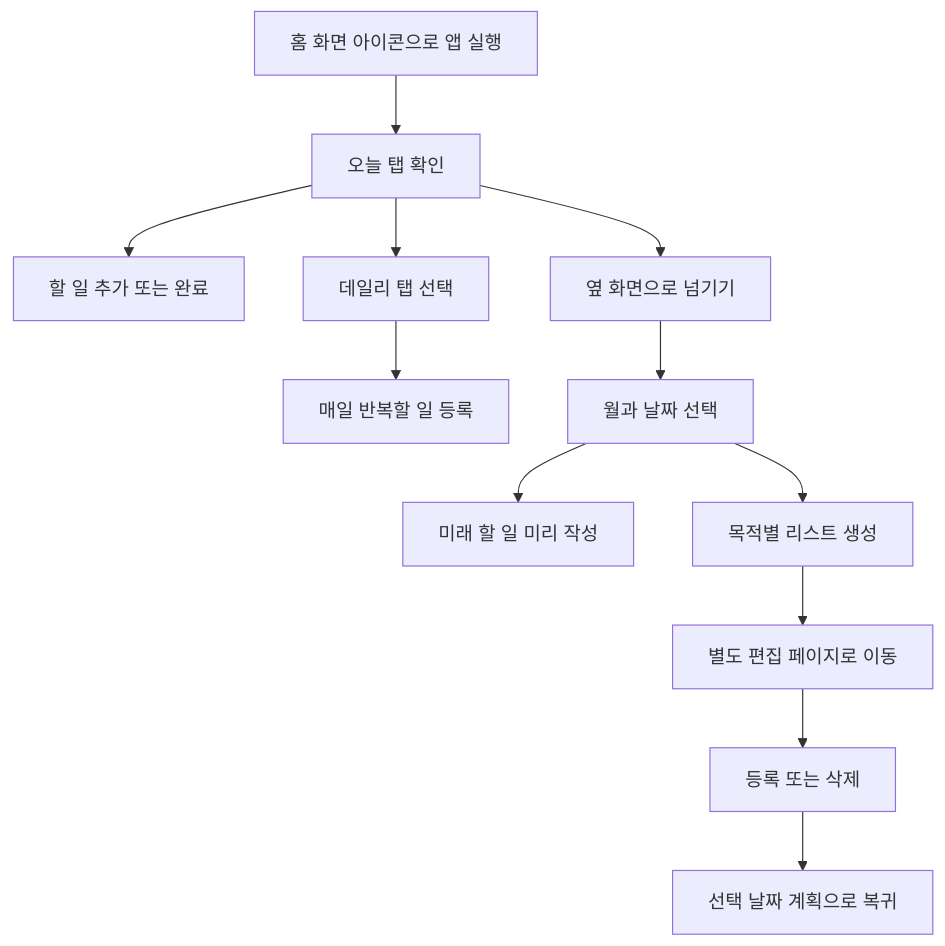
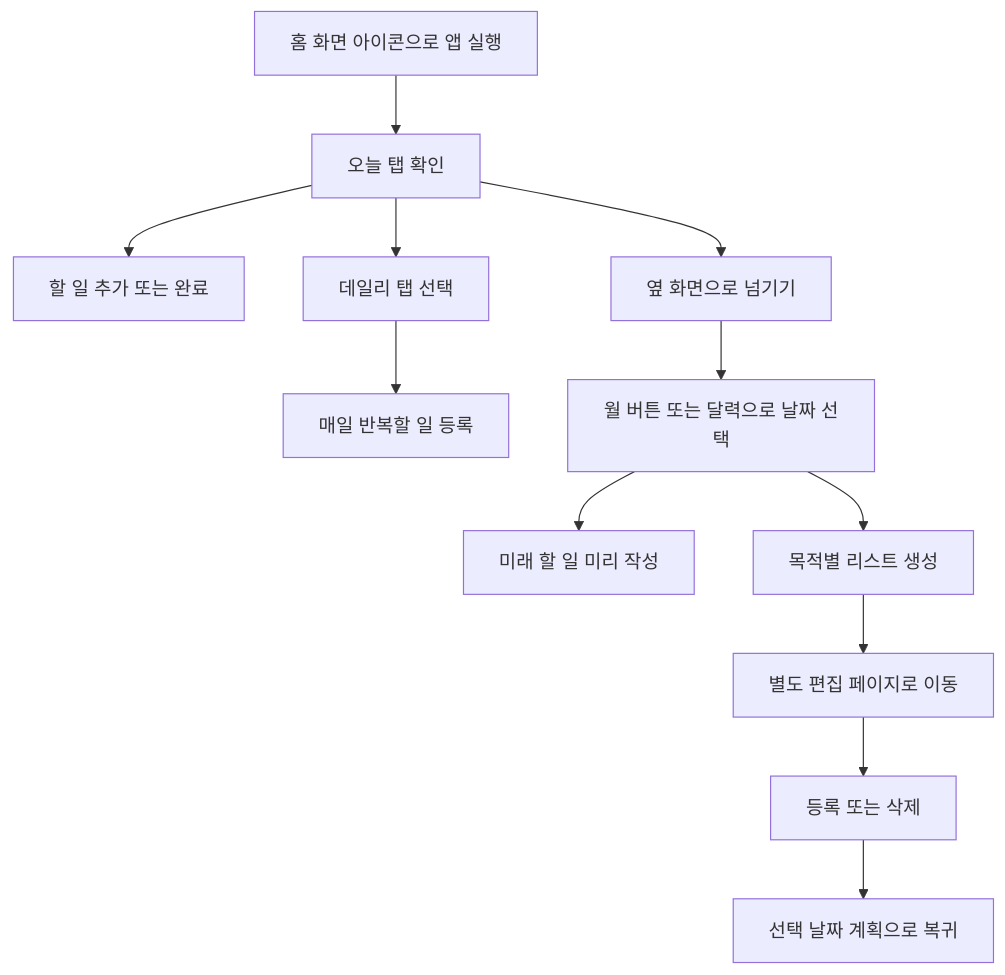
Before and after one commit to jiyeongoing/to-do-list-application: the first of 2 diagrams in docs/USER_FLOW.md, drawn with Mermaid. The commit also changed other lines of this file and 8 other files, not shown here.

````diff
--- a/docs/USER_FLOW.md
+++ b/docs/USER_FLOW.md
@@ -5,14 +5,14 @@
 ```mermaid
 flowchart TD
     A["홈 화면 아이콘으로 앱 실행"] --> B["오늘 탭 확인"]
     B --> C["할 일 추가 또는 완료"]
     B --> D["데일리 탭 선택"]
     D --> E["매일 반복할 일 등록"]
     B --> F["옆 화면으로 넘기기"]
-    F --> G["월과 날짜 선택"]
+    F --> G["월 버튼 또는 달력으로 날짜 선택"]
     G --> H["미래 할 일 미리 작성"]
     G --> I["목적별 리스트 생성"]
     I --> J["별도 편집 페이지로 이동"]
     J --> K["등록 또는 삭제"]
     K --> L["선택 날짜 계획으로 복귀"]
 ```
````
